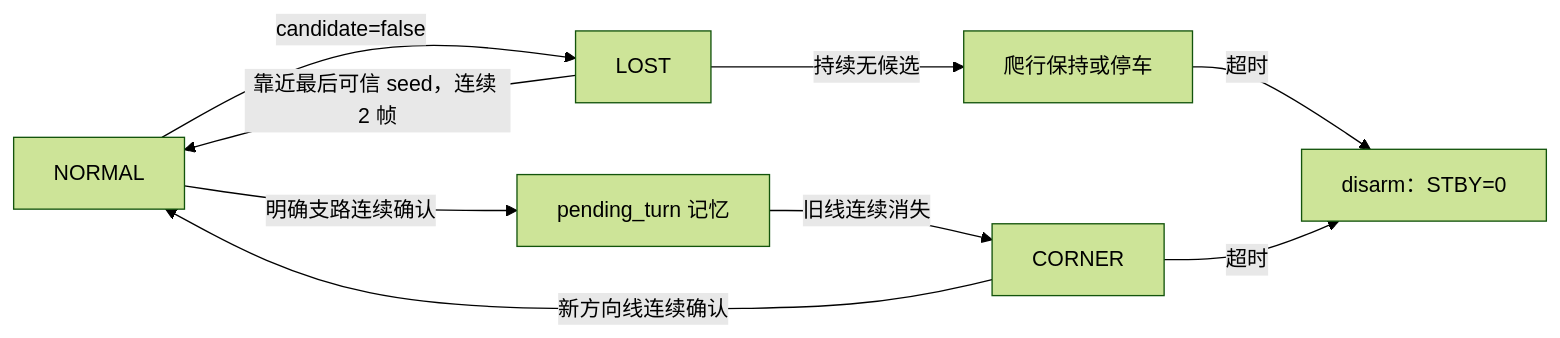
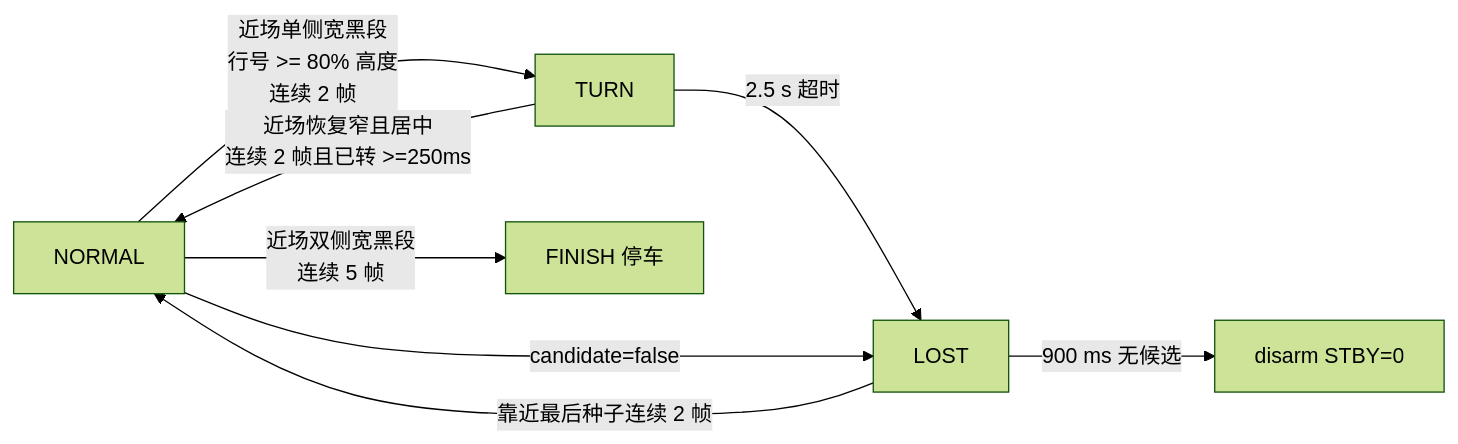
One commit to cyk579/vscode-esp32s3_testcode changed the fifth of 7 diagrams in esp-projects/camera-test/LINE_FOLLOW_FLOW.md. Above: the diagram before and after it, drawn with Mermaid (forest theme). The commit also changed other lines of this file and 2 other files, not shown here.

First line of the commit message:
docs(camera): rewrite the line-follow flow for the new architecture

````diff
--- a/esp-projects/camera-test/LINE_FOLLOW_FLOW.md
+++ b/esp-projects/camera-test/LINE_FOLLOW_FLOW.md
@@ -82,11 +94,10 @@
 ```mermaid
 flowchart LR
-    A[NORMAL] -->|明确支路连续确认| B[pending_turn 记忆]
-    B -->|旧线连续消失| C[CORNER]
-    C -->|新方向线连续确认| A
-    A -->|candidate=false| D[LOST]
-    D -->|靠近最后可信 seed，连续 2 帧| A
-    D -->|持续无候选| E[爬行保持或停车]
-    E -->|超时| F[disarm：STBY=0]
-    C -->|超时| F
+    A[NORMAL] -->|近场单侧宽黑段<br/>行号 >= 80% 高度<br/>连续 2 帧| B[TURN]
+    B -->|近场恢复窄且居中<br/>连续 2 帧且已转 >=250ms| A
+    B -->|2.5 s 超时| C[LOST]
+    A -->|candidate=false| C
+    C -->|靠近最后种子连续 2 帧| A
+    C -->|900 ms 无候选| D[disarm STBY=0]
+    A -->|近场双侧宽黑段<br/>连续 5 帧| E[FINISH 停车]
 ```
````
